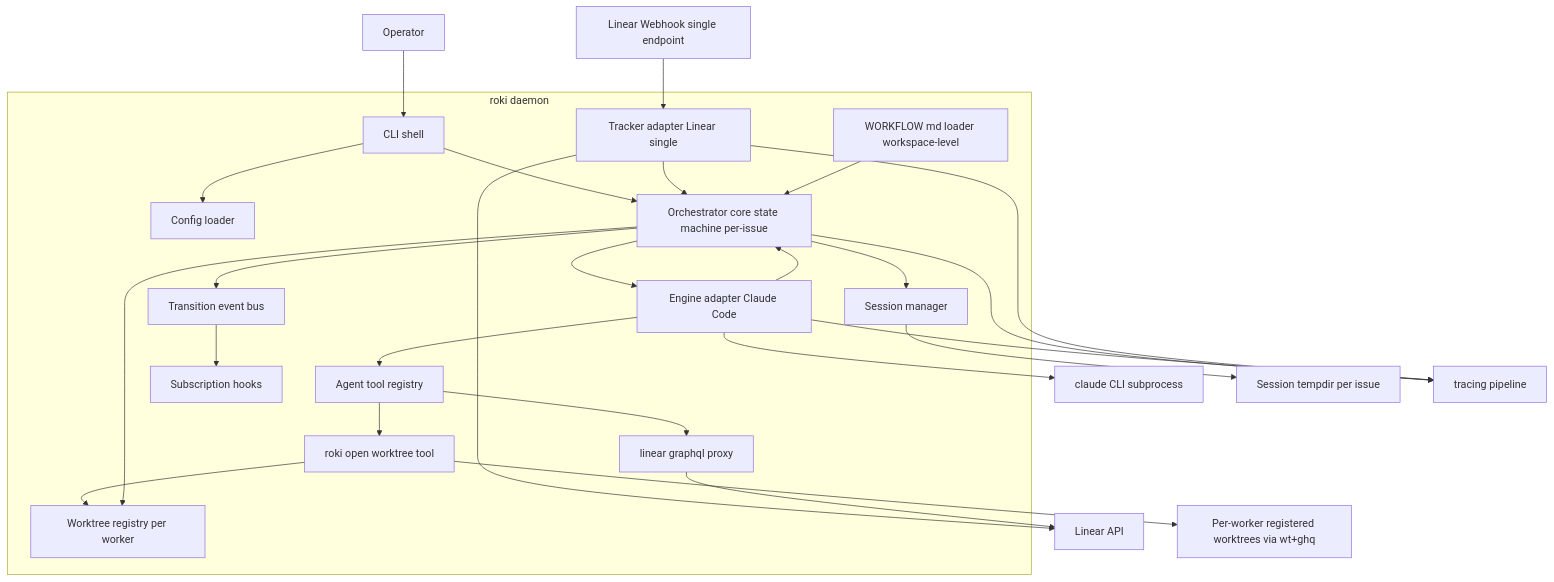
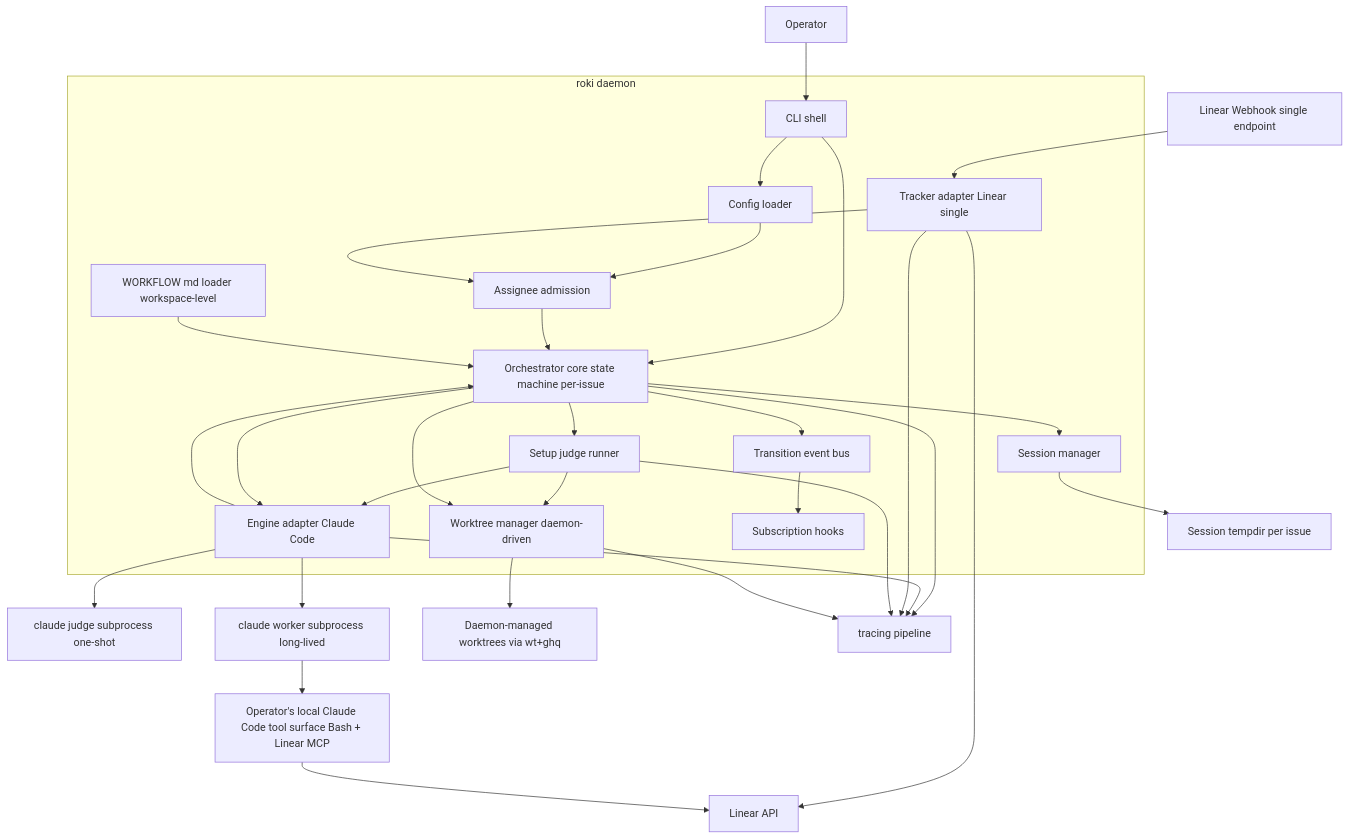
One commit to reedom/roki changed the first of 3 diagrams in .kiro/specs/roki-mvp/design.md. Above: the diagram before and after it, drawn with Mermaid. The commit also changed other lines of this file and 27 other files, not shown here.

````diff
--- a/.kiro/specs/roki-mvp/design.md
+++ b/.kiro/specs/roki-mvp/design.md
@@ -97,51 +128,57 @@
 ```mermaid
 graph TB
     Operator[Operator]
     Linear[Linear API]
     Webhook[Linear Webhook single endpoint]
-    ClaudeCli[claude CLI subprocess]
+    JudgeCli[claude judge subprocess one-shot]
+    WorkerCli[claude worker subprocess long-lived]
     SessionDir[Session tempdir per issue]
-    Worktrees[Per-worker registered worktrees via wt+ghq]
+    Worktrees[Daemon-managed worktrees via wt+ghq]
+    OperatorMcp[Operator's local Claude Code tool surface Bash + Linear MCP]
     Logs[tracing pipeline]
 
     subgraph Roki[roki daemon]
         Cli[CLI shell]
         Config[Config loader]
+        AssigneeAdmission[Assignee admission]
         WorkflowLoader[WORKFLOW md loader workspace-level]
         TrackerAdapter[Tracker adapter Linear single]
         Orchestrator[Orchestrator core state machine per-issue]
         EventBus[Transition event bus]
-        ToolRegistry[Agent tool registry]
-        LinearGraphqlTool[linear graphql proxy]
-        OpenWorktreeTool[roki open worktree tool]
+        SetupJudge[Setup judge runner]
+        WorktreeManager[Worktree manager daemon-driven]
         EngineAdapter[Engine adapter Claude Code]
         SessionMgr[Session manager]
-        WorktreeRegistry[Worktree registry per worker]
         SubscriberHooks[Subscription hooks]
     end
 
     Operator --> Cli
     Cli --> Config
     Cli --> Orchestrator
+    Config --> AssigneeAdmission
     Webhook --> TrackerAdapter
     TrackerAdapter --> Linear
-    TrackerAdapter --> Orchestrator
+    TrackerAdapter --> AssigneeAdmission
+    AssigneeAdmission --> Orchestrator
     WorkflowLoader --> Orchestrator
+    Orchestrator --> SetupJudge
+    SetupJudge --> EngineAdapter
+    EngineAdapter --> JudgeCli
+    SetupJudge --> WorktreeManager
+    WorktreeManager --> Worktrees
     Orchestrator --> SessionMgr
     SessionMgr --> SessionDir
     Orchestrator --> EngineAdapter
-    EngineAdapter --> ClaudeCli
+    EngineAdapter --> WorkerCli
+    WorkerCli --> OperatorMcp
+    OperatorMcp --> Linear
     EngineAdapter --> Orchestrator
     Orchestrator --> EventBus
     EventBus --> SubscriberHooks
-    EngineAdapter --> ToolRegistry
-    ToolRegistry --> LinearGraphqlTool
-    ToolRegistry --> OpenWorktreeTool
-    OpenWorktreeTool --> WorktreeRegistry
-    OpenWorktreeTool --> Worktrees
-    LinearGraphqlTool --> Linear
-    Orchestrator --> WorktreeRegistry
+    Orchestrator --> WorktreeManager
     Orchestrator --> Logs
     EngineAdapter --> Logs
     TrackerAdapter --> Logs
+    SetupJudge --> Logs
+    WorktreeManager --> Logs
 ```
````
